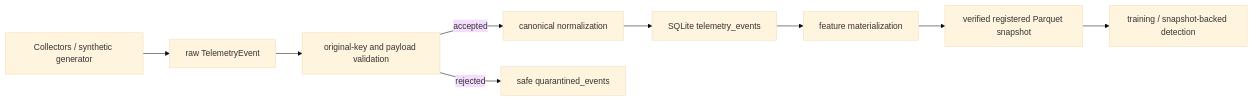
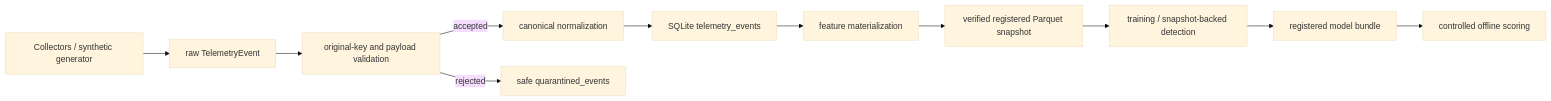
One commit to IskhakovMA/SentinelUEBA changed the diagram in docs/DATA_PIPELINE.md. Above: the diagram before and after it, drawn with Mermaid (base theme). The commit also changed other lines of this file and 41 other files, not shown here.

````diff
--- a/docs/DATA_PIPELINE.md
+++ b/docs/DATA_PIPELINE.md
@@ -5,11 +5,13 @@
 ```mermaid
 flowchart LR
   A["Collectors / synthetic generator"] --> B["raw TelemetryEvent"]
   B --> C["original-key and payload validation"]
   C -->|accepted| D["canonical normalization"]
   D --> E["SQLite telemetry_events"]
   C -->|rejected| Q["safe quarantined_events"]
   E --> F["feature materialization"]
   F --> G["verified registered Parquet snapshot"]
   G --> H["training / snapshot-backed detection"]
+  H --> I["registered model bundle"]
+  I --> J["controlled offline scoring"]
 ```
````
